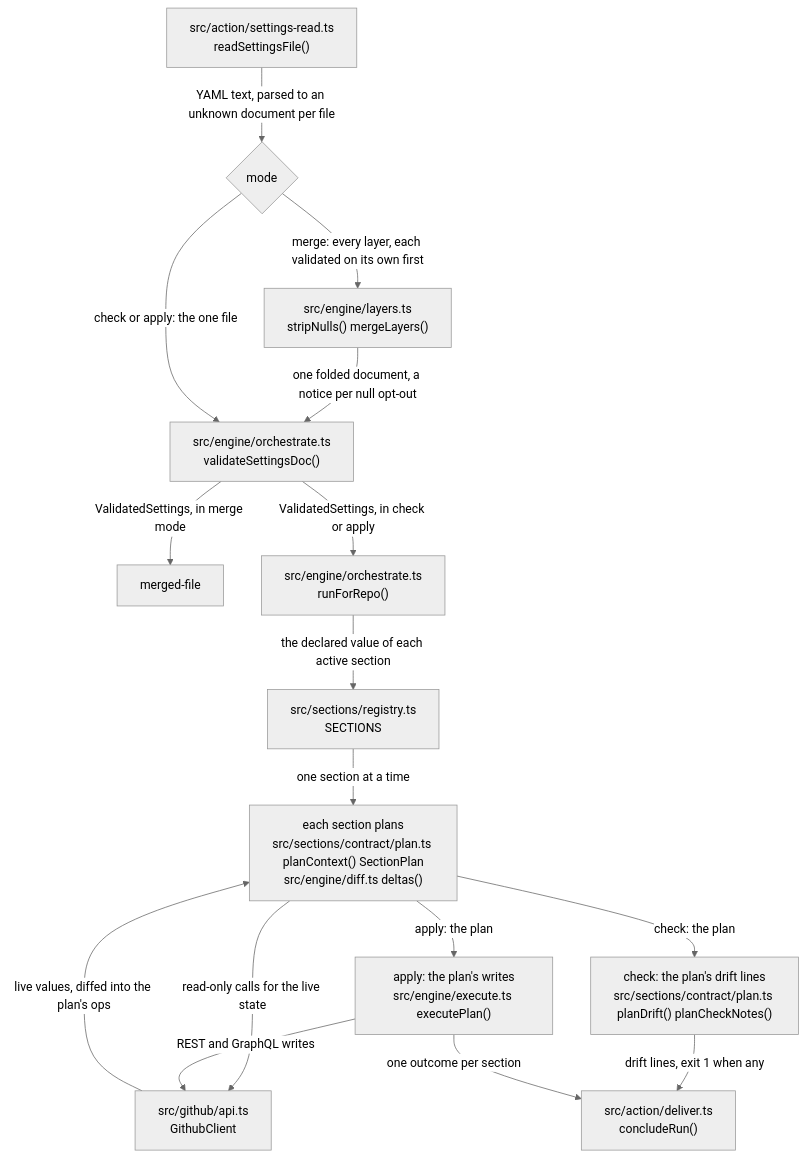
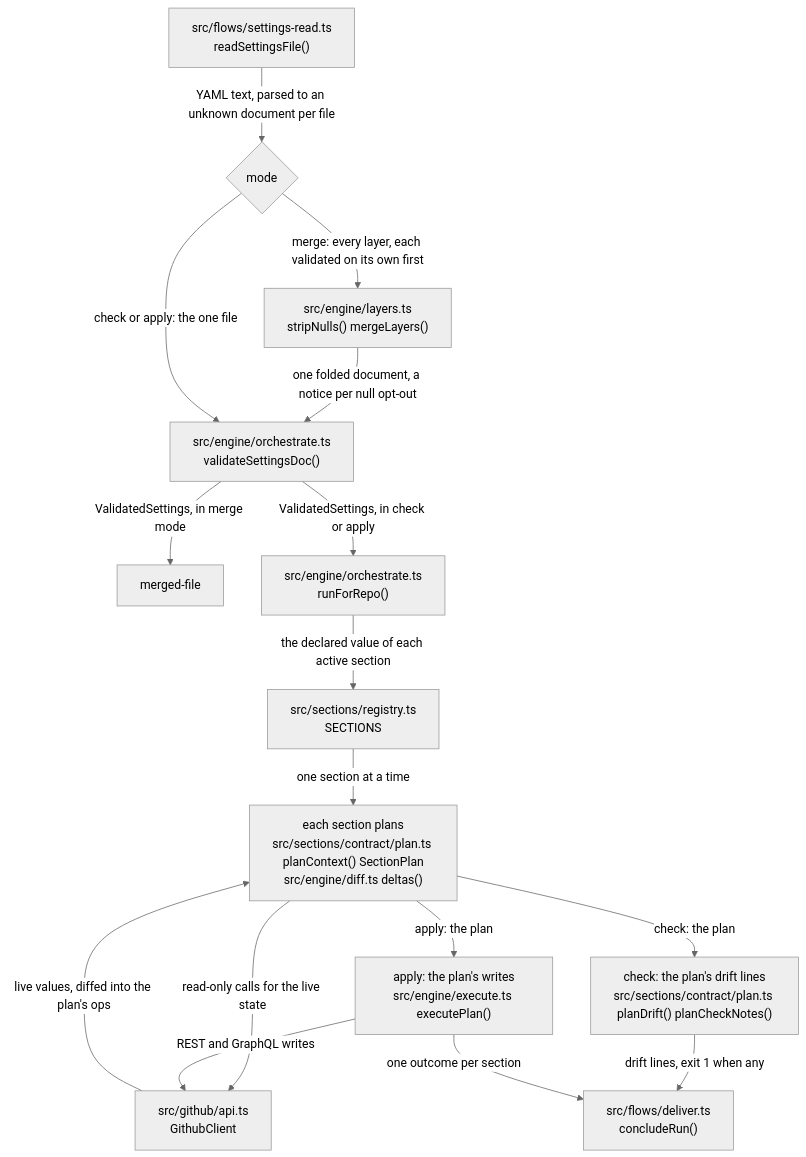
The first of 8 diagrams in docs/reference/architecture.md (Vivswan/github-settings-as-code), drawn with Mermaid (neutral theme) before and after one commit. The commit also changed other lines of this file and 61 other files, not shown here.

````diff
--- a/docs/reference/architecture.md
+++ b/docs/reference/architecture.md
@@ -15,30 +15,30 @@
 ```mermaid
 flowchart TD
-  read["src/action/settings-read.ts<br>readSettingsFile()"]
+  read["src/flows/settings-read.ts<br>readSettingsFile()"]
   mode{"mode"}
   fold["src/engine/layers.ts<br>stripNulls() mergeLayers()"]
   validate["src/engine/orchestrate.ts<br>validateSettingsDoc()"]
   merged["merged-file"]
   repo["src/engine/orchestrate.ts<br>runForRepo()"]
   sections["src/sections/registry.ts<br>SECTIONS"]
   plan["each section plans<br>src/sections/contract/plan.ts planContext() SectionPlan<br>src/engine/diff.ts deltas()"]
   api["src/github/api.ts<br>GithubClient"]
   drift["check: the plan's drift lines<br>src/sections/contract/plan.ts planDrift() planCheckNotes()"]
   exec["apply: the plan's writes<br>src/engine/execute.ts executePlan()"]
-  report["src/action/deliver.ts<br>concludeRun()"]
+  report["src/flows/deliver.ts<br>concludeRun()"]
   read -->|YAML text, parsed to an unknown document per file| mode
   mode -->|merge: every layer, each validated on its own first| fold
   fold -->|one folded document, a notice per null opt-out| validate
   mode -->|check or apply: the one file| validate
   validate -->|ValidatedSettings, in merge mode| merged
   validate -->|ValidatedSettings, in check or apply| repo
   repo -->|the declared value of each active section| sections
   sections -->|one section at a time| plan
   plan -->|read-only calls for the live state| api
   api -->|live values, diffed into the plan's ops| plan
   plan -->|check: the plan| drift
   plan -->|apply: the plan| exec
   exec -->|REST and GraphQL writes| api
   drift -->|drift lines, exit 1 when any| report
   exec -->|one outcome per section| report
 ```
````
